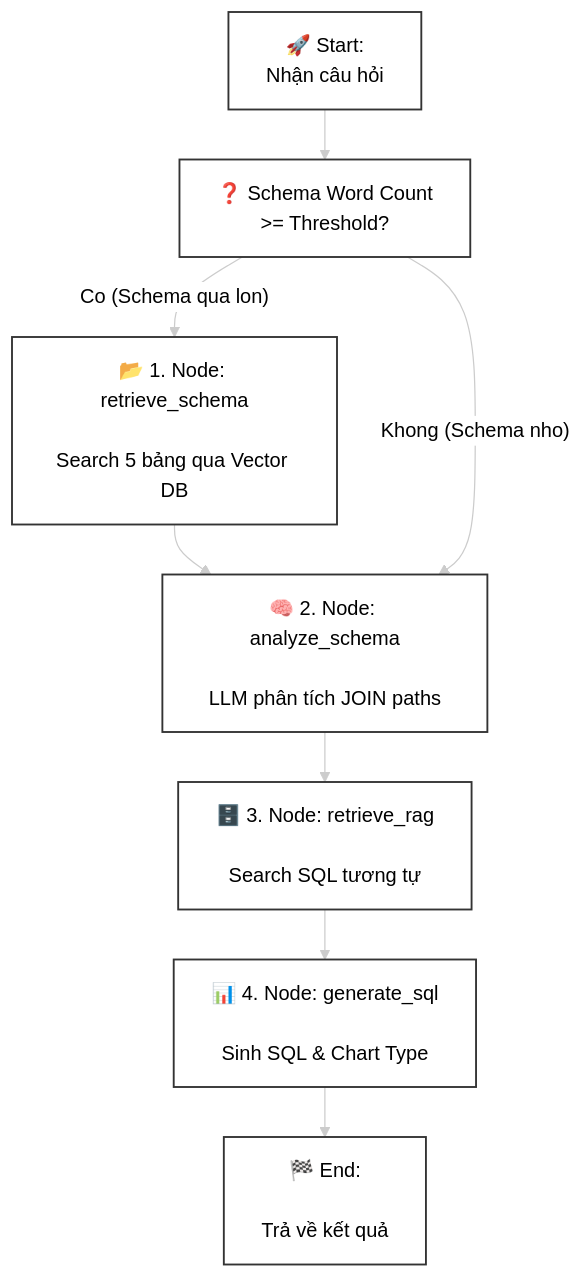
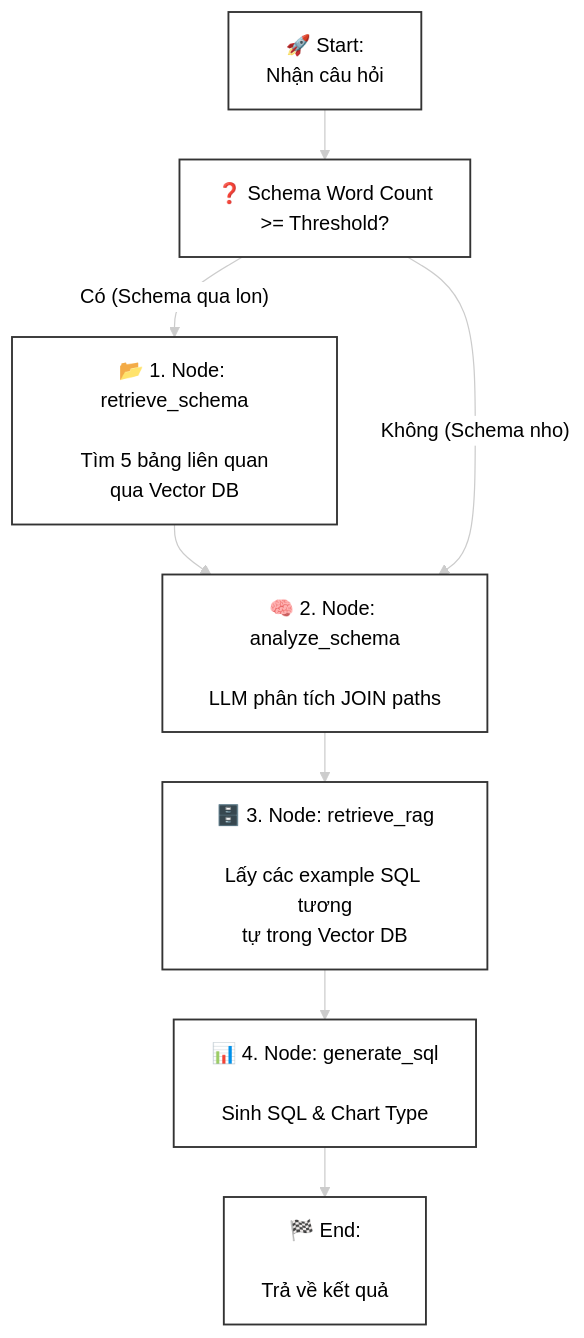
Before and after one commit to its-ok-to-be-not-ok/rag-app: the diagram in README.md, drawn with Mermaid.

````diff
--- a/README.md
+++ b/README.md
@@ -76,48 +76,50 @@
 ```mermaid
 %%{init: {
   'theme': 'base',
   'themeVariables': {
     'primaryColor': '#ffffff',
     'primaryTextColor': '#000000',
     'primaryBorderColor': '#333333',
     'lineColor': '#cccccc',
     'tertiaryColor': '#ffffff'
   },
   'flowchart': { 
     'nodeSpacing': 50, 
     'rankSpacing': 40
   }
 }}%%
 graph TD
     Start["🚀 Start:<br/>Nhận câu hỏi"]
     
     CheckSize["❓ Schema Word Count<br/>>= Threshold?"]
     
     RetrieveSchema["📂 1. Node: retrieve_schema<br/>
-Search 5 bảng qua Vector DB"]
+Tìm 5 bảng liên quan
+qua Vector DB"]
     
     AnalyzeSchema["🧠 2. Node: analyze_schema<br/>
 LLM phân tích JOIN paths"]
     
     RetrieveRAG["🗄️ 3. Node: retrieve_rag<br/>
-Search SQL tương tự"]
+Lấy các example SQL tương
+tự trong Vector DB"]
     
     GenerateSQL["📊 4. Node: generate_sql<br/>
 Sinh SQL & Chart Type"]
     
     End["🏁 End:<br/>
 Trả về kết quả"]
 
     Start --> CheckSize
-    CheckSize -->|"Co (Schema qua lon)"| RetrieveSchema
+    CheckSize -->|"Có (Schema qua lon)"| RetrieveSchema
     RetrieveSchema --> AnalyzeSchema
-    CheckSize -->|"Khong (Schema nho)"| AnalyzeSchema
+    CheckSize -->|"Không (Schema nho)"| AnalyzeSchema
     
     AnalyzeSchema --> RetrieveRAG
     RetrieveRAG --> GenerateSQL
     GenerateSQL --> End
 
     classDef whiteNode fill:#ffffff,stroke:#333333,stroke-width:1.5px,color:#000000;
 
     class Start,End,RetrieveSchema,AnalyzeSchema,RetrieveRAG,GenerateSQL,CheckSize whiteNode;
   ```
````
